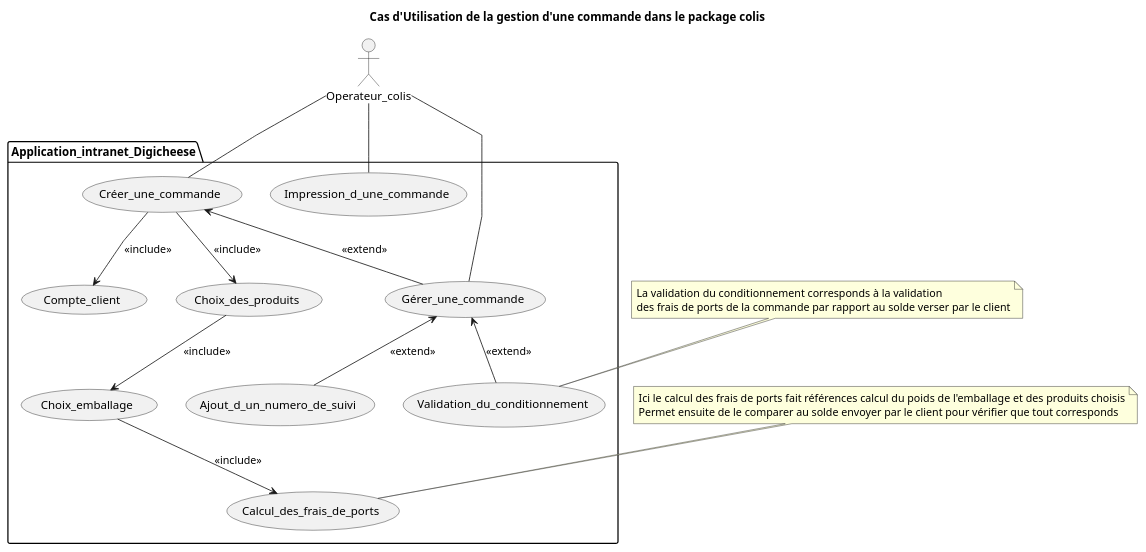
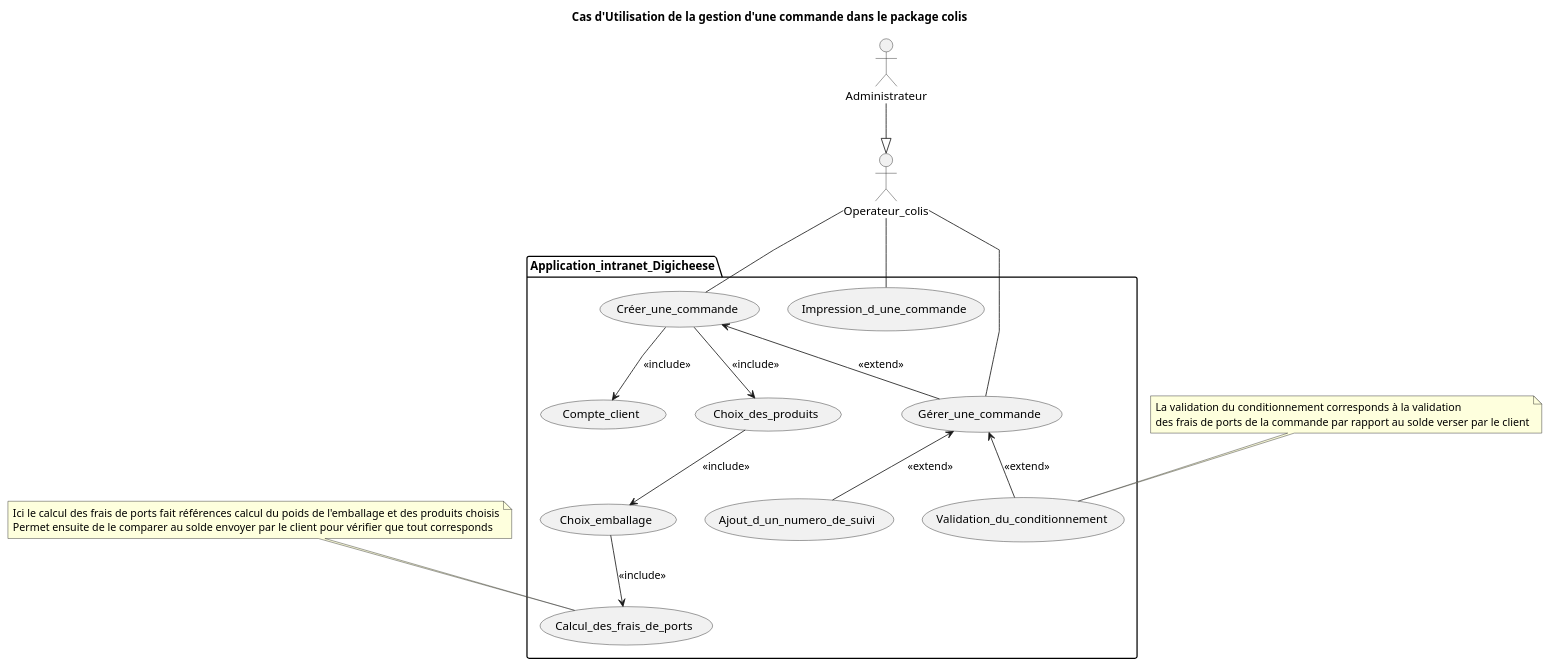
The diagram in Cas_d_utilisation/Cas_utilisation_colis.puml (Bluwen/Conception_d_une_application_informatique), drawn with PlantUML before and after one commit. The commit also changed 1 other file, not shown here.

Commit message:
Mise a jours de diagramme de cas d'utilisation

```diff
--- a/Cas_d_utilisation/Cas_utilisation_colis.puml
+++ b/Cas_d_utilisation/Cas_utilisation_colis.puml
@@ -1,45 +1,48 @@
 @startuml Cas_utilisation_colis
 'left to right direction
 skinparam linetype polyline
 
 actor Operateur_colis
+actor Administrateur
 
 package Application_intranet_Digicheese {
     usecase Compte_client
 
     usecase Créer_une_commande
     usecase Gérer_une_commande
 
     usecase Choix_des_produits
     usecase Choix_emballage
 
     usecase Calcul_des_frais_de_ports
     usecase Validation_du_conditionnement
 
     usecase Ajout_d_un_numero_de_suivi
 
     usecase Impression_d_une_commande
 }
+
+Administrateur --|> Operateur_colis
 
 Operateur_colis -- Créer_une_commande
 Operateur_colis -- Gérer_une_commande
 Operateur_colis -- Impression_d_une_commande
 
 Créer_une_commande --> Compte_client : <<include>>
 Créer_une_commande --> Choix_des_produits : <<include>>
 Choix_des_produits --> Choix_emballage : <<include>>
 Choix_emballage --> Calcul_des_frais_de_ports : <<include>>
 
 Créer_une_commande <-- Gérer_une_commande : <<extend>>
 
 Gérer_une_commande <-- Validation_du_conditionnement : <<extend>>
 Gérer_une_commande <-- Ajout_d_un_numero_de_suivi : <<extend>>
 
 note "Ici le calcul des frais de ports fait références calcul du poids de l'emballage et des produits choisis\nPermet ensuite de le comparer au solde envoyer par le client pour vérifier que tout corresponds" as N1
 note "La validation du conditionnement corresponds à la validation\ndes frais de ports de la commande par rapport au solde verser par le client" as N2
 
 N1 .. Calcul_des_frais_de_ports
 N2 .. Validation_du_conditionnement
 
 title Cas d'Utilisation de la gestion d'une commande dans le package colis
 @enduml
```
